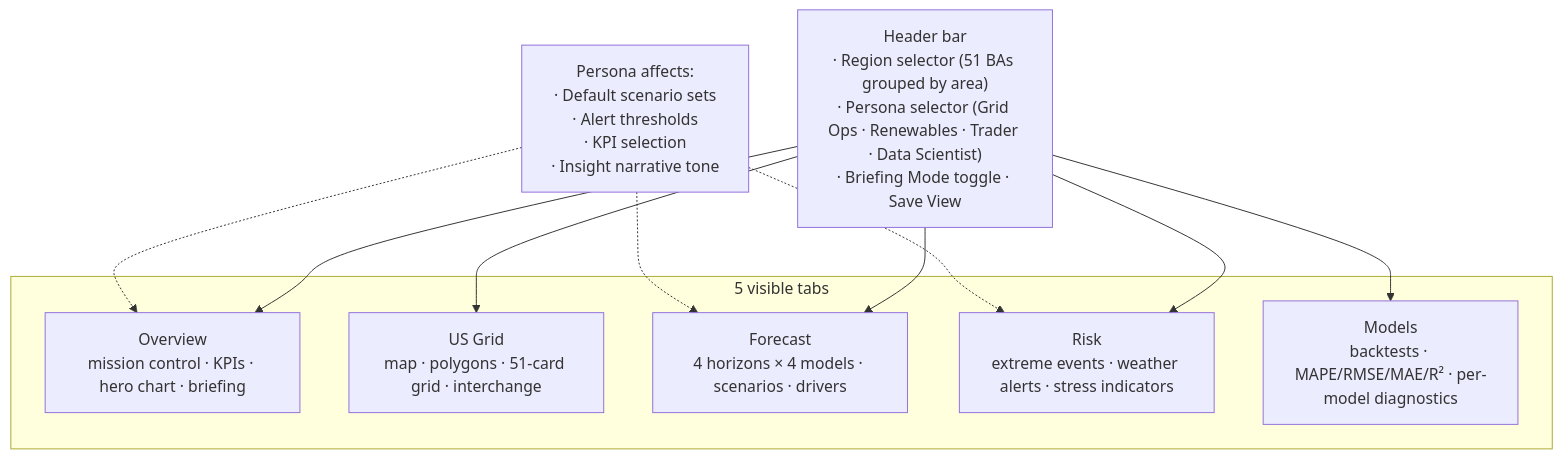
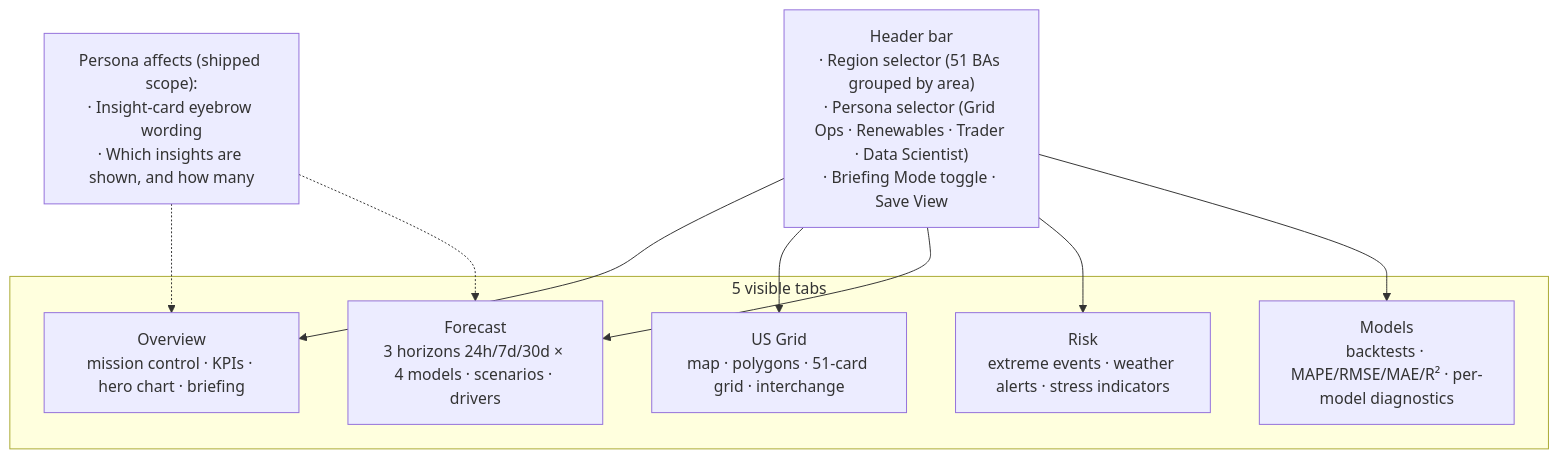
Before and after one commit to kristenmartino/gridpulse: the fifth of 5 diagrams in docs/HOW_IT_WORKS.md, drawn with Mermaid. The commit also changed other lines of this file and 3 other files, not shown here.

````diff
--- a/docs/HOW_IT_WORKS.md
+++ b/docs/HOW_IT_WORKS.md
@@ -272,22 +272,21 @@
 ```mermaid
 flowchart TB
     Header["Header bar<br/>· Region selector (51 BAs grouped by area)<br/>· Persona selector (Grid Ops · Renewables · Trader · Data Scientist)<br/>· Briefing Mode toggle · Save View"]
 
     subgraph Tabs["5 visible tabs"]
         T1[Overview<br/>mission control · KPIs · hero chart · briefing]
         T2[US Grid<br/>map · polygons · 51-card grid · interchange]
-        T3[Forecast<br/>4 horizons × 4 models · scenarios · drivers]
+        T3[Forecast<br/>3 horizons 24h/7d/30d × 4 models · scenarios · drivers]
         T4[Risk<br/>extreme events · weather alerts · stress indicators]
         T5[Models<br/>backtests · MAPE/RMSE/MAE/R² · per-model diagnostics]
     end
 
     Header --> T1
     Header --> T2
     Header --> T3
     Header --> T4
     Header --> T5
 
-    Personas[Persona affects:<br/>· Default scenario sets<br/>· Alert thresholds<br/>· KPI selection<br/>· Insight narrative tone] -.-> T1
+    Personas["Persona affects (shipped scope):<br/>· Insight-card eyebrow wording<br/>· Which insights are shown, and how many"] -.-> T1
     Personas -.-> T3
-    Personas -.-> T4
 ```
````
